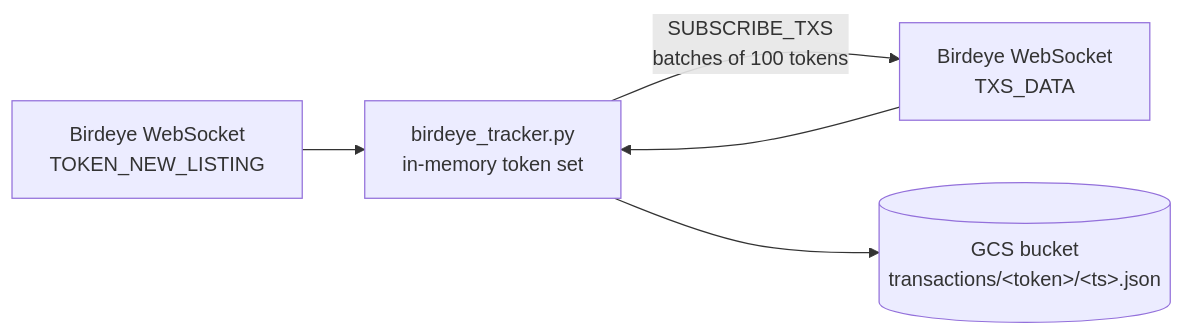
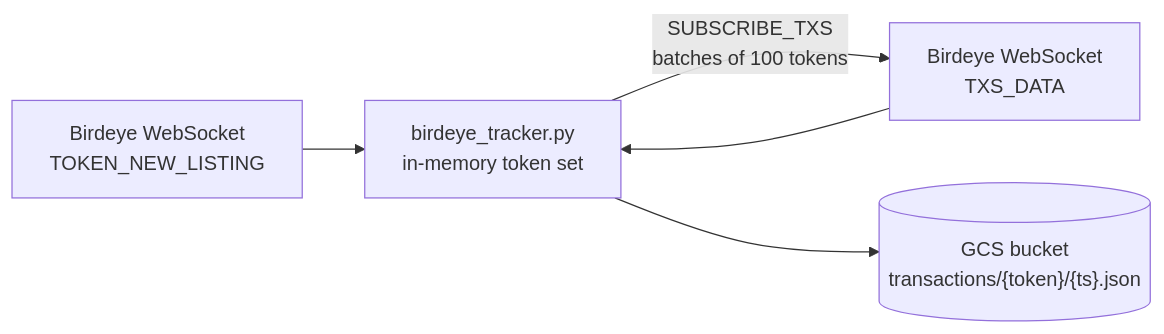
Before and after one commit to cryptotyk/solana-dex-trades-collector: the diagram in README.md, drawn with Mermaid.

Commit message:
Fix Mermaid label in README

````diff
--- a/README.md
+++ b/README.md
@@ -7,7 +7,7 @@
 ```mermaid
 flowchart LR
     A[Birdeye WebSocket<br/>TOKEN_NEW_LISTING] --> B[birdeye_tracker.py<br/>in-memory token set]
     B -- SUBSCRIBE_TXS<br/>batches of 100 tokens --> C[Birdeye WebSocket<br/>TXS_DATA]
     C --> B
-    B --> D[(GCS bucket<br/>transactions/&lt;token&gt;/&lt;ts&gt;.json)]
+    B --> D[("GCS bucket<br/>transactions/{token}/{ts}.json")]
 ```
````
